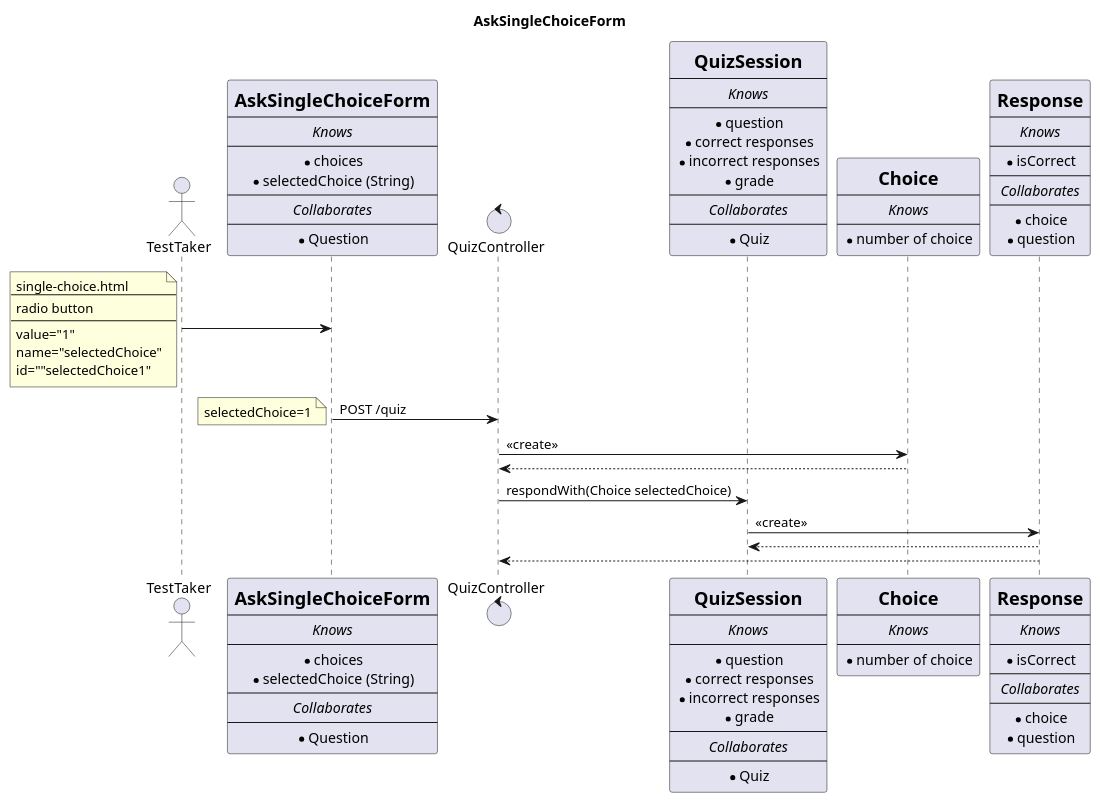
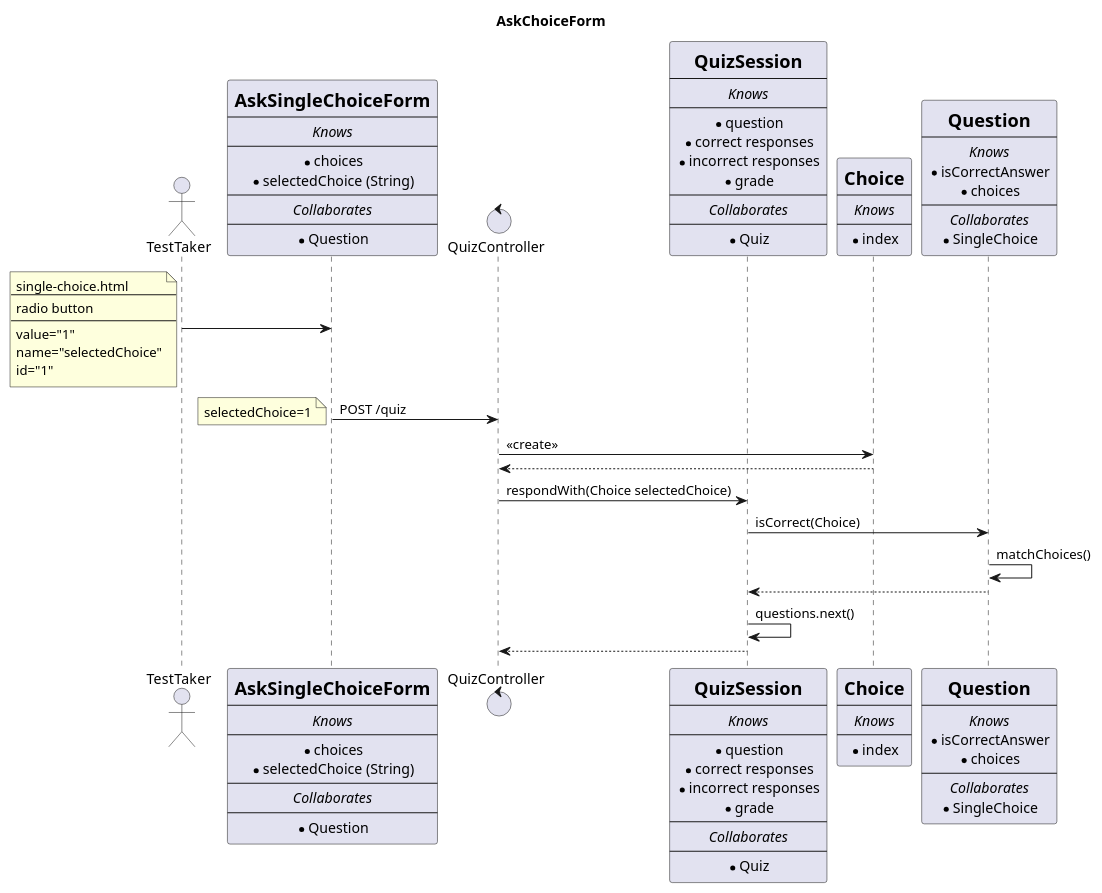
Before and after one commit to TomSpencerLondon/Quiz: the diagram in src/main/resources/diagrams/choice-options/index_to_list-design.puml, drawn with PlantUML. The commit also changed 2 other files, not shown here.

Commit message:
Add diagrams for design for AskChoiceForm

```diff
--- a/src/main/resources/diagrams/choice-options/index_to_list-design.puml
+++ b/src/main/resources/diagrams/choice-options/index_to_list-design.puml
@@ -1,71 +1,72 @@
 @startuml
-title AskSingleChoiceForm
+title AskChoiceForm
 actor       TestTaker as taker
 participant singleForm [
     =AskSingleChoiceForm
     ----
     ====Knows
     ----
     * choices
     * selectedChoice (String)
     ----
     ====Collaborates
     ----
     * Question
 ]
 control     QuizController  as ctrl
 participant session [
     =QuizSession
     ----
     ====Knows
     ----
     * question
     * correct responses
     * incorrect responses
     * grade
     ----
     ====Collaborates
     ----
     * Quiz
 ]
 participant choice [
     =Choice
     ----
     ====Knows
     ----
-    * number of choice
+    * index
 ]
 
-participant response [
-    =Response
+participant question [
+    =Question
     ----
     ====Knows
-    ----
-    * isCorrect
+    * isCorrectAnswer
+    * choices
     ----
     ====Collaborates
-    ----
-    * choice
-    * question
+    * SingleChoice
 ]
+
 taker -> singleForm
 note left
 single-choice.html
 --
 radio button
 --
 value="1"
 name="selectedChoice"
-id=""selectedChoice1"
+id="1"
 end note
 singleForm -> ctrl : POST /quiz
 note left
 selectedChoice=1
 end note
 ctrl -> choice : <<create>>
 ctrl <-- choice
 ctrl -> session : respondWith(Choice selectedChoice)
-session -> response : <<create>>
-session <-- response
-ctrl <-- response
+session -> question : isCorrect(Choice)
+question -> question : matchChoices()
+session <-- question
+session -> session : questions.next()
+ctrl <-- session
 @enduml
```
